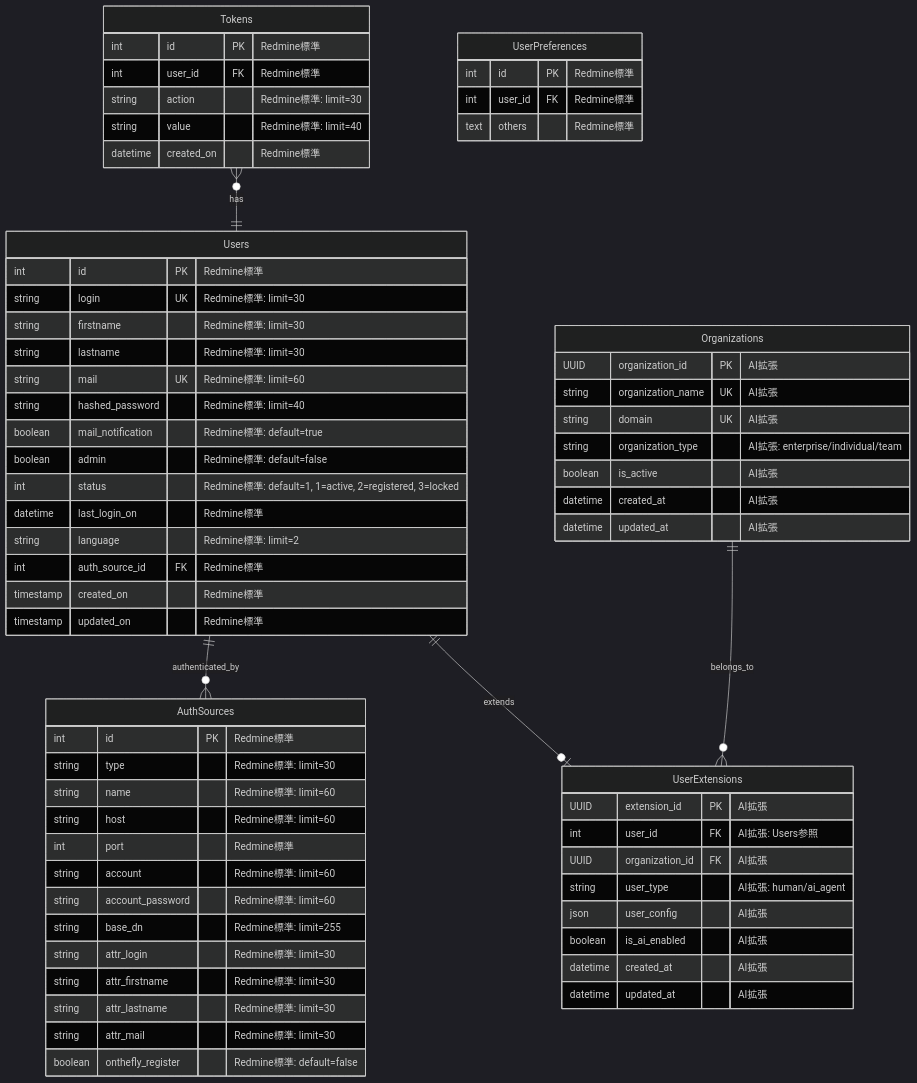
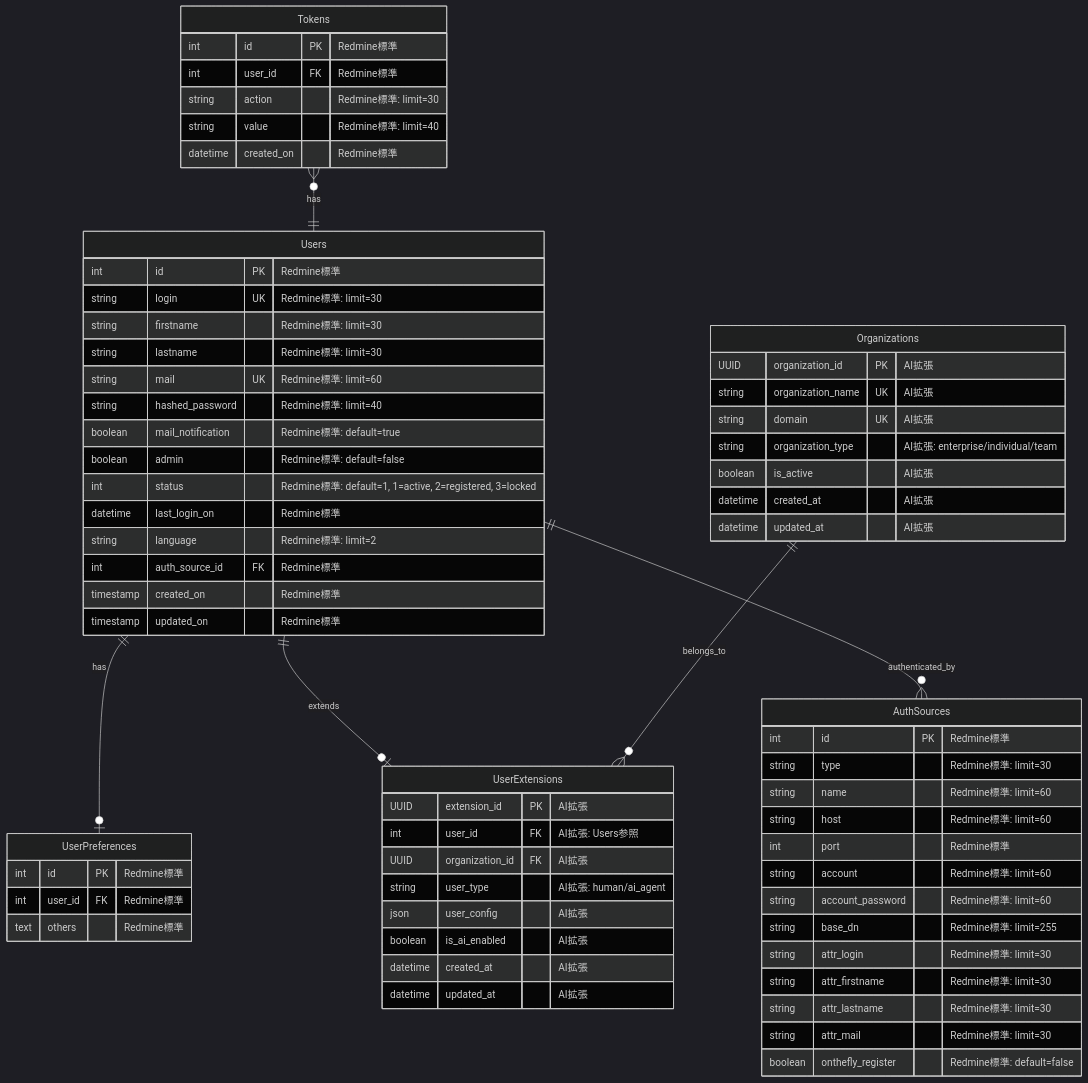
One commit to daichiTAAA/AgentOpsPlatform changed the first of 16 diagrams in docs/030000_設計/035000_データ設計/035010_ER図.md. Above: the diagram before and after it, drawn with Mermaid (dark theme). The commit also changed other lines of this file, not shown here.

````diff
--- a/docs/030000_設計/035000_データ設計/035010_ER図.md
+++ b/docs/030000_設計/035000_データ設計/035010_ER図.md
@@ -125,78 +125,79 @@
 ```mermaid
 erDiagram
     %% Redmine標準テーブル（変更なし）
     Users {
         int id PK "Redmine標準"
         string login UK "Redmine標準: limit=30"
         string firstname "Redmine標準: limit=30"
         string lastname "Redmine標準: limit=30"
         string mail UK "Redmine標準: limit=60"
         string hashed_password "Redmine標準: limit=40"
         boolean mail_notification "Redmine標準: default=true"
         boolean admin "Redmine標準: default=false"
         int status "Redmine標準: default=1, 1=active, 2=registered, 3=locked"
         datetime last_login_on "Redmine標準"
         string language "Redmine標準: limit=2"
         int auth_source_id FK "Redmine標準"
         timestamp created_on "Redmine標準"
         timestamp updated_on "Redmine標準"
     }
     
     AuthSources {
         int id PK "Redmine標準"
         string type "Redmine標準: limit=30"
         string name "Redmine標準: limit=60"
         string host "Redmine標準: limit=60"
         int port "Redmine標準"
         string account "Redmine標準: limit=60"
         string account_password "Redmine標準: limit=60"
         string base_dn "Redmine標準: limit=255"
         string attr_login "Redmine標準: limit=30"
         string attr_firstname "Redmine標準: limit=30"
         string attr_lastname "Redmine標準: limit=30"
         string attr_mail "Redmine標準: limit=30"
         boolean onthefly_register "Redmine標準: default=false"
     }
     
     Tokens {
         int id PK "Redmine標準"
         int user_id FK "Redmine標準"
         string action "Redmine標準: limit=30"
         string value "Redmine標準: limit=40"
         datetime created_on "Redmine標準"
     }
     
     UserPreferences {
         int id PK "Redmine標準"
         int user_id FK "Redmine標準"
         text others "Redmine標準"
     }
     
     %% AI拡張テーブル（新規追加）
     Organizations {
         UUID organization_id PK "AI拡張"
         string organization_name UK "AI拡張"
         string domain UK "AI拡張"
         string organization_type "AI拡張: enterprise/individual/team"
         boolean is_active "AI拡張"
         datetime created_at "AI拡張"
         datetime updated_at "AI拡張"
     }
     
     UserExtensions {
         UUID extension_id PK "AI拡張"
         int user_id FK "AI拡張: Users参照"
         UUID organization_id FK "AI拡張"
         string user_type "AI拡張: human/ai_agent"
         json user_config "AI拡張"
         boolean is_ai_enabled "AI拡張"
         datetime created_at "AI拡張"
         datetime updated_at "AI拡張"
     }
     
     %% 関係性
     Tokens }o--|| Users : has
+    Users ||--o| UserPreferences : has
     Users ||--o| UserExtensions : extends
     Organizations ||--o{ UserExtensions : belongs_to
     Users ||--o{ AuthSources : authenticated_by
 ```
````
